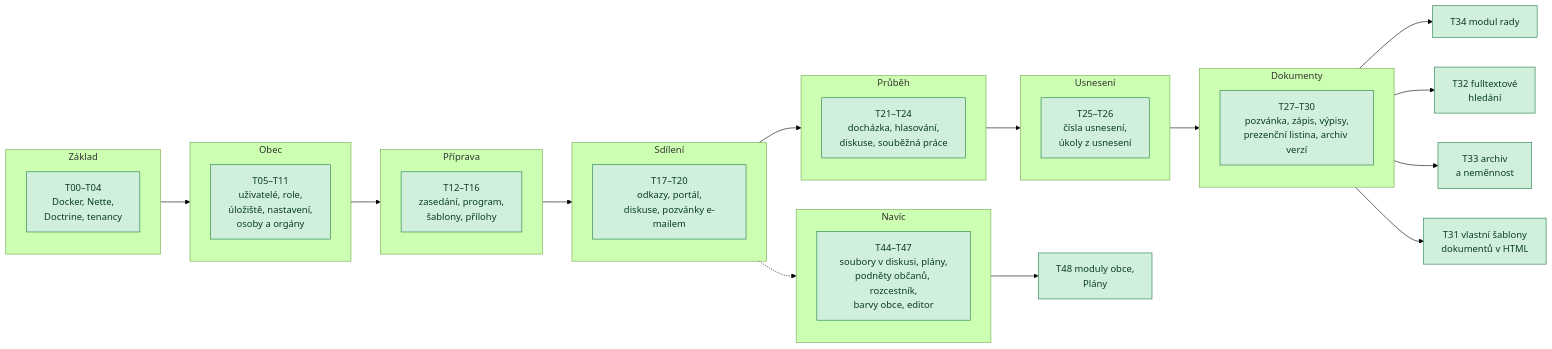
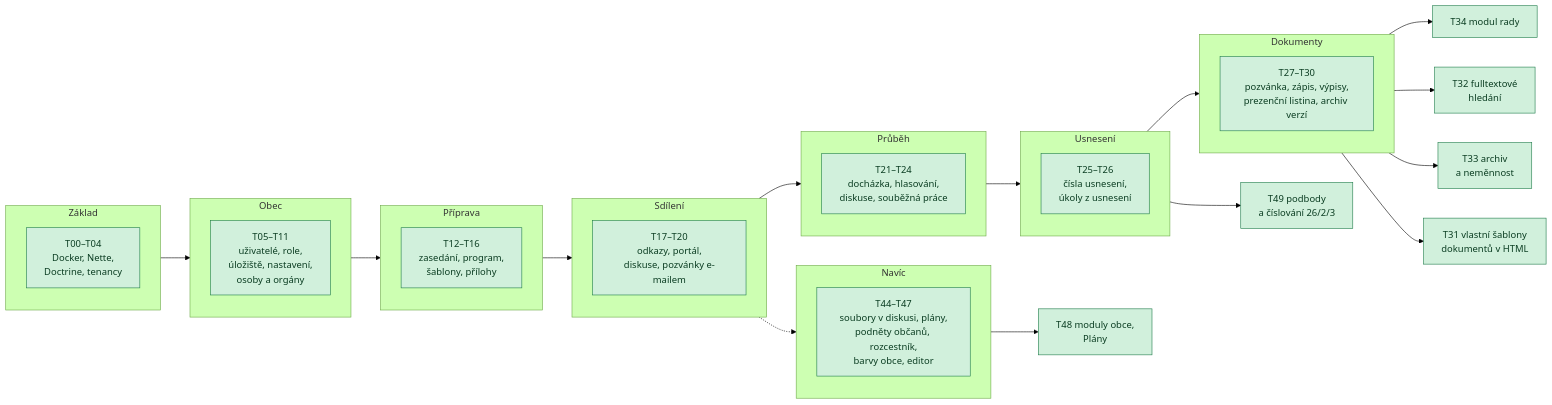
Before and after one commit to 731mat/konsel: the diagram in doc/wiki/09-plan-a-stav.md, drawn with Mermaid (forest theme). The commit also changed 54 other files, not shown here.

First line of the commit message:
T49: podbody programu a číslování podle vzoru obce

````diff
--- a/doc/wiki/09-plan-a-stav.md
+++ b/doc/wiki/09-plan-a-stav.md
@@ -7,42 +7,44 @@
 ```mermaid
 flowchart LR
     subgraph F0["Základ"]
         T00[T00–T04<br/>Docker, Nette,<br/>Doctrine, tenancy]
     end
     subgraph F1["Obec"]
         T05[T05–T11<br/>uživatelé, role,<br/>úložiště, nastavení,<br/>osoby a orgány]
     end
     subgraph F2["Příprava"]
         T12[T12–T16<br/>zasedání, program,<br/>šablony, přílohy]
     end
     subgraph F3["Sdílení"]
         T17[T17–T20<br/>odkazy, portál,<br/>diskuse, pozvánky e-mailem]
     end
     subgraph F4["Průběh"]
         T21[T21–T24<br/>docházka, hlasování,<br/>diskuse, souběžná práce]
     end
     subgraph F5["Usnesení"]
         T25[T25–T26<br/>čísla usnesení,<br/>úkoly z usnesení]
     end
     subgraph F6["Dokumenty"]
         T28[T27–T30<br/>pozvánka, zápis, výpisy,<br/>prezenční listina, archiv verzí]
     end
     subgraph F10["Navíc"]
         T44[T44–T47<br/>soubory v diskusi, plány,<br/>podněty občanů, rozcestník,<br/>barvy obce, editor]
     end
     T34[T34 modul rady]
     T32[T32 fulltextové<br/>hledání]
     T33[T33 archiv<br/>a neměnnost]
     T48[T48 moduly obce,<br/>Plány]
     T31[T31 vlastní šablony<br/>dokumentů v HTML]
+    T49[T49 podbody<br/>a číslování 26/2/3]
     F0 --> F1 --> F2 --> F3 --> F4 --> F5 --> F6
     F6 --> T34
     F6 --> T32
     F6 --> T33
     F10 --> T48
     F6 --> T31
+    F5 --> T49
     F3 -.-> F10
 
     classDef done fill:#d1f0dc,stroke:#1e7b4a,color:#0b3d22;
-    class T00,T05,T12,T17,T21,T25,T28,T44,T34,T32,T33,T48,T31 done;
+    class T00,T05,T12,T17,T21,T25,T28,T44,T34,T32,T33,T48,T31,T49 done;
 ```
````
